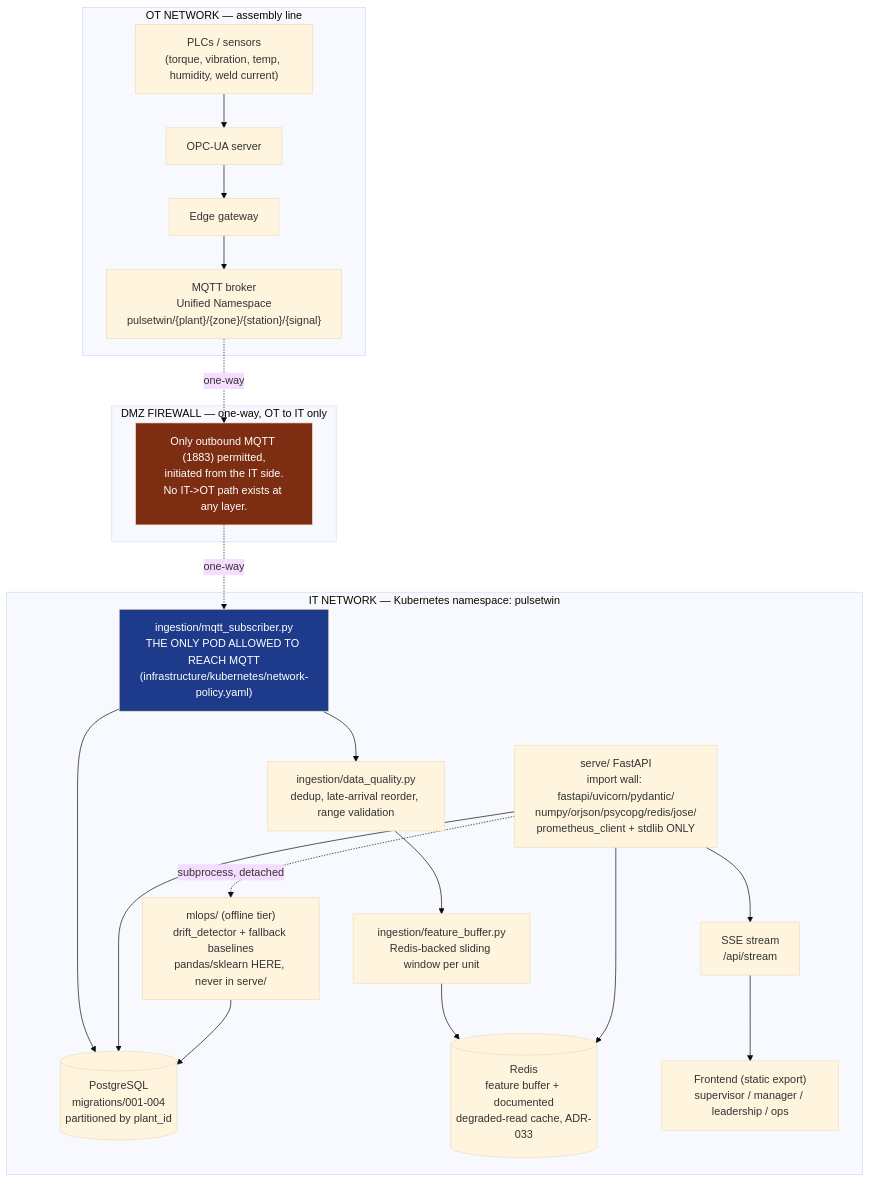
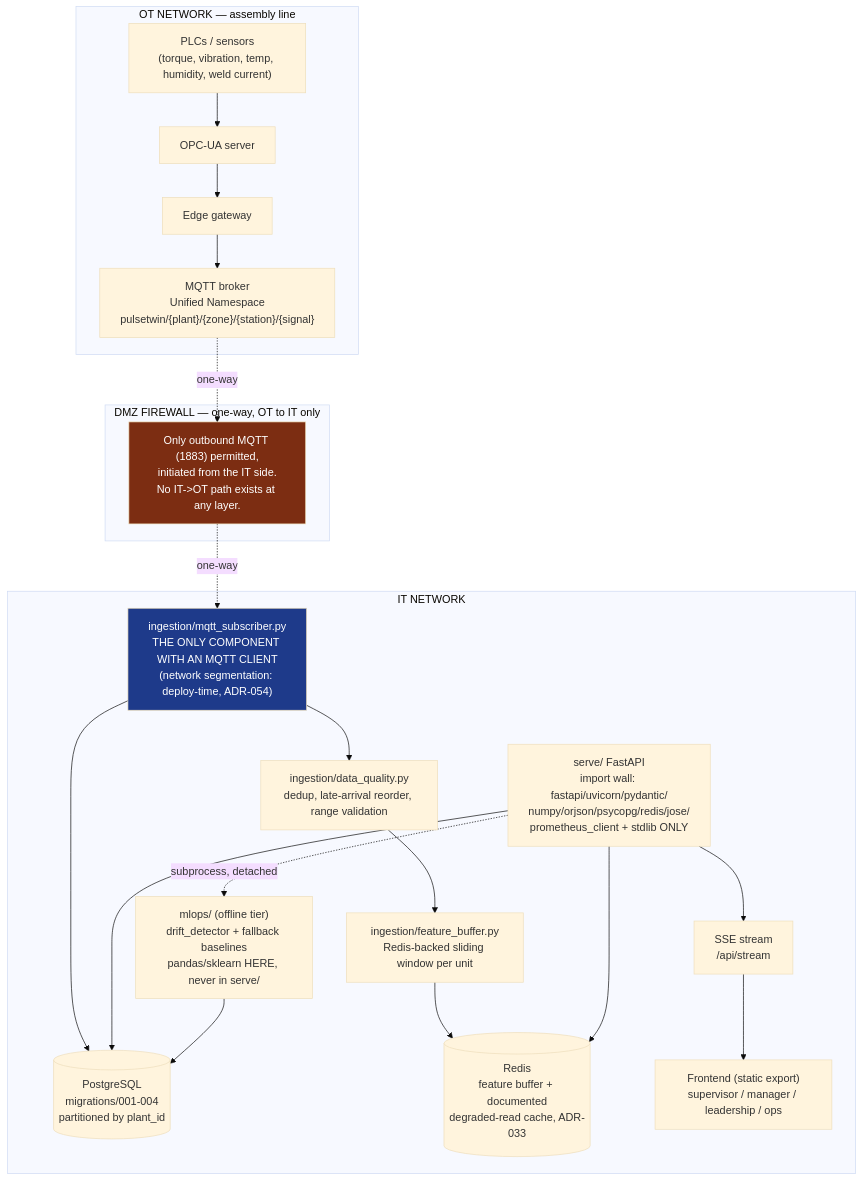
One commit to mukulhayaran/PulseTwin-Accenture-Innovate-X-F changed the diagram in docs/PRODUCTION_ARCHITECTURE.md. Above: the diagram before and after it, drawn with Mermaid (base theme). The commit also changed other lines of this file and 48 other files, not shown here.

````diff
--- a/docs/PRODUCTION_ARCHITECTURE.md
+++ b/docs/PRODUCTION_ARCHITECTURE.md
@@ -18,39 +18,39 @@
 ```mermaid
 flowchart TB
     subgraph OT["OT NETWORK — assembly line"]
         PLC["PLCs / sensors\n(torque, vibration, temp, humidity, weld current)"]
         OPCUA["OPC-UA server"]
         EDGE["Edge gateway"]
         MQTT["MQTT broker\nUnified Namespace\npulsetwin/{plant}/{zone}/{station}/{signal}"]
         PLC --> OPCUA --> EDGE --> MQTT
     end
 
     subgraph DMZ["DMZ FIREWALL — one-way, OT to IT only"]
         FW["Only outbound MQTT (1883) permitted,\ninitiated from the IT side.\nNo IT->OT path exists at any layer."]
     end
 
-    subgraph IT["IT NETWORK — Kubernetes namespace: pulsetwin"]
-        SUB["ingestion/mqtt_subscriber.py\nTHE ONLY POD ALLOWED TO REACH MQTT\n(infrastructure/kubernetes/network-policy.yaml)"]
+    subgraph IT["IT NETWORK"]
+        SUB["ingestion/mqtt_subscriber.py\nTHE ONLY COMPONENT WITH AN MQTT CLIENT\n(network segmentation: deploy-time, ADR-054)"]
         DQ["ingestion/data_quality.py\ndedup, late-arrival reorder, range validation"]
         BUF["ingestion/feature_buffer.py\nRedis-backed sliding window per unit"]
         PG[("PostgreSQL\nmigrations/001-004\npartitioned by plant_id")]
         REDIS[("Redis\nfeature buffer + documented\ndegraded-read cache, ADR-033")]
         API["serve/ FastAPI\nimport wall: fastapi/uvicorn/pydantic/\nnumpy/orjson/psycopg/redis/jose/\nprometheus_client + stdlib ONLY"]
         SSE["SSE stream\n/api/stream"]
         FE["Frontend (static export)\nsupervisor / manager / leadership / ops"]
         MLOPS["mlops/ (offline tier)\ndrift_detector + fallback baselines\npandas/sklearn HERE, never in serve/"]
 
         MQTT -. one-way .-> FW -. one-way .-> SUB
         SUB --> DQ --> BUF
         SUB --> PG
         BUF --> REDIS
         API --> PG
         API --> REDIS
         API --> SSE --> FE
         API -. subprocess, detached .-> MLOPS
         MLOPS --> PG
     end
 
     style FW fill:#7c2d12,color:#fff
     style SUB fill:#1e3a8a,color:#fff
 ```
````
